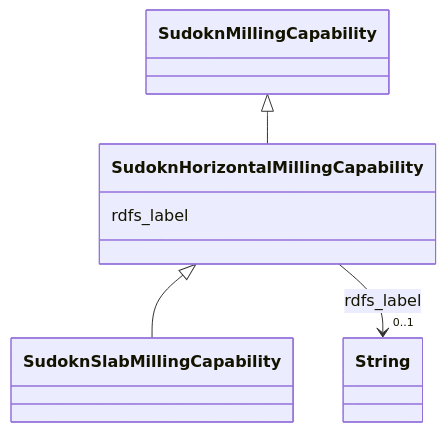
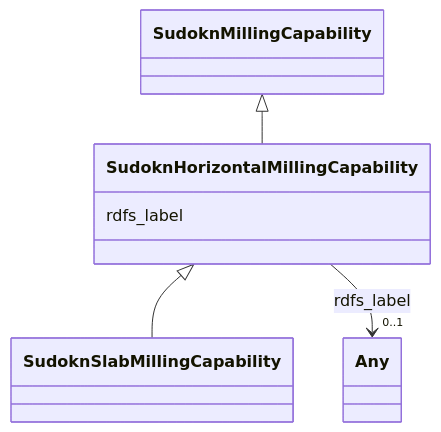
One commit to frink-okn/graph-descriptions changed the diagram in sudokn-kg/classes/SudoknHorizontalMillingCapability.md. Above: the diagram before and after it, drawn with Mermaid. The commit also changed other lines of this file and 903 other files, not shown here.

````diff
--- a/sudokn-kg/classes/SudoknHorizontalMillingCapability.md
+++ b/sudokn-kg/classes/SudoknHorizontalMillingCapability.md
@@ -23,23 +18,23 @@
 ```mermaid
  classDiagram
     class SudoknHorizontalMillingCapability
     click SudoknHorizontalMillingCapability href "../SudoknHorizontalMillingCapability"
       SudoknMillingCapability <|-- SudoknHorizontalMillingCapability
         click SudoknMillingCapability href "../SudoknMillingCapability"
       
 
       SudoknHorizontalMillingCapability <|-- SudoknSlabMillingCapability
         click SudoknSlabMillingCapability href "../SudoknSlabMillingCapability"
       
       
       SudoknHorizontalMillingCapability : rdfs_label
         
           
     
     
-    SudoknHorizontalMillingCapability --> "0..1" String : rdfs_label
-    click String href "../String"
+    SudoknHorizontalMillingCapability --> "0..1" Any : rdfs_label
+    click Any href "../Any"
 
         
       
 ```
````
